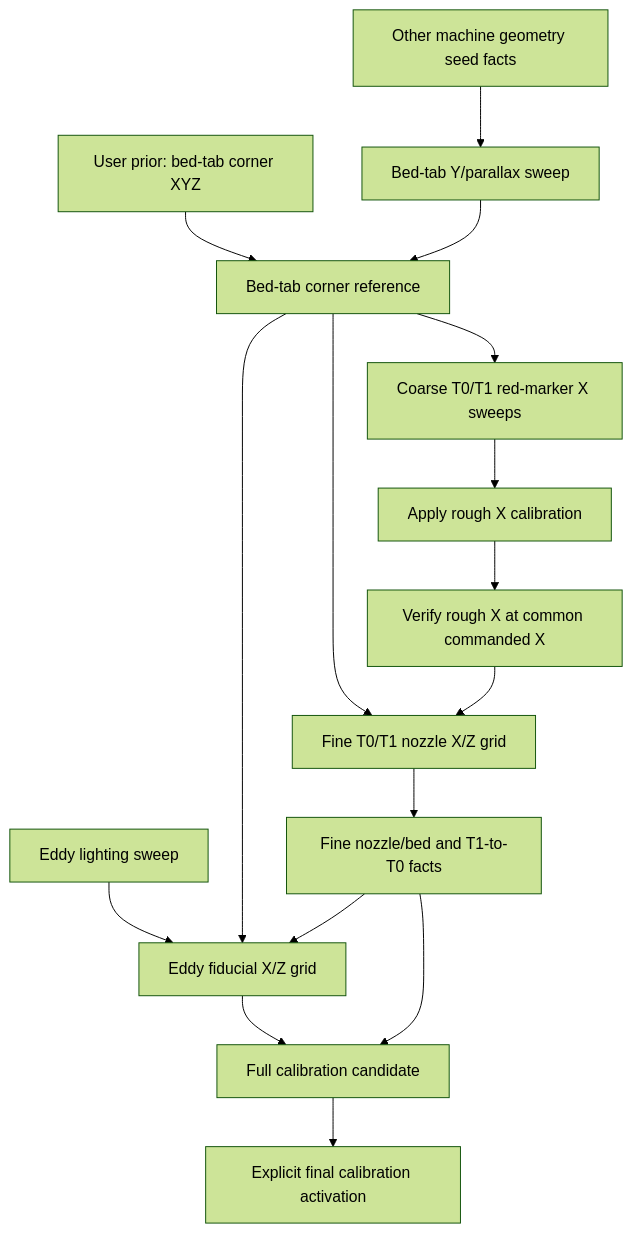
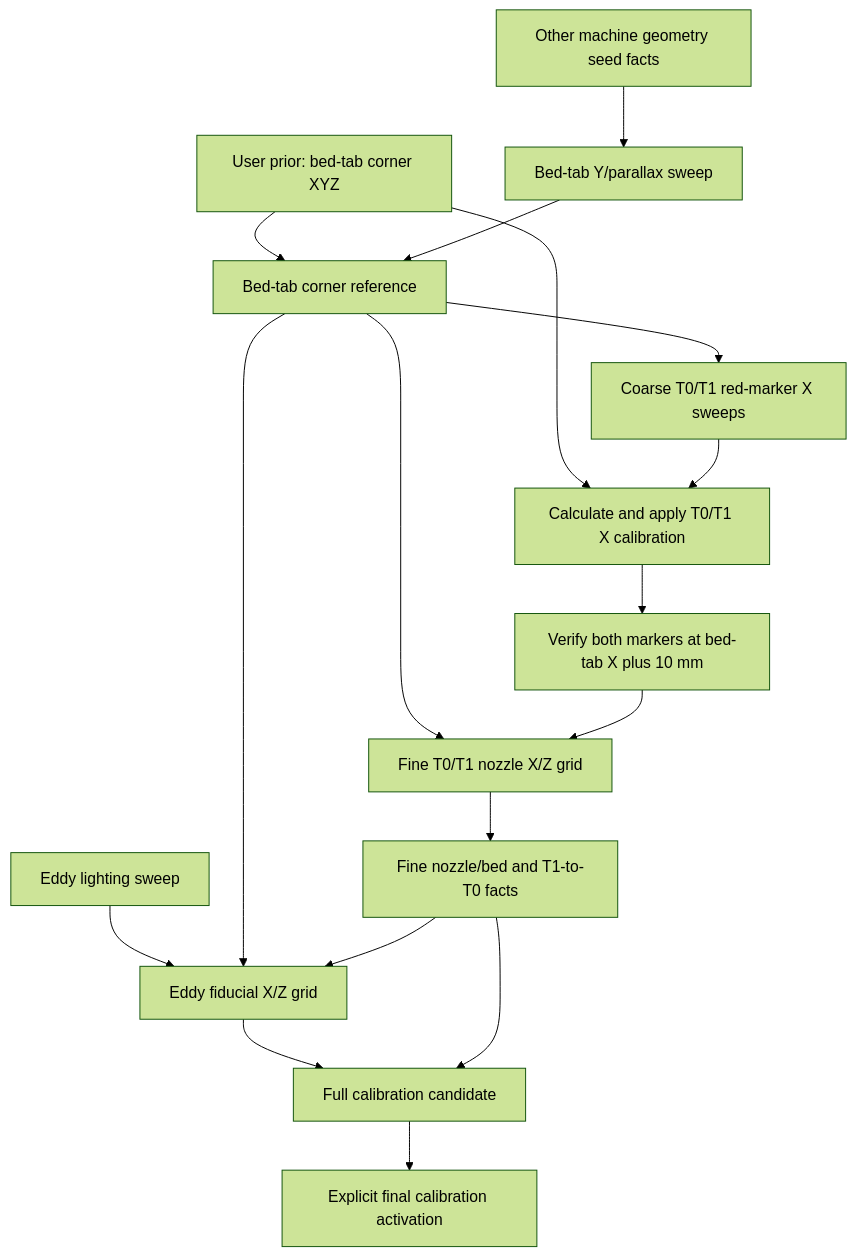
The diagram in VISION_CALIBRATION_GRAPH_CONCEPT.md (m-emm/mege-ender-3v3ke-idex), drawn with Mermaid (forest theme) before and after one commit. The commit also changed other lines of this file and 17 other files, not shown here.

Commit message:
Add graph-driven rough X vision calibration

````diff
--- a/VISION_CALIBRATION_GRAPH_CONCEPT.md
+++ b/VISION_CALIBRATION_GRAPH_CONCEPT.md
@@ -108,19 +108,20 @@
 ```mermaid
 flowchart TD
     P[User prior: bed-tab corner XYZ] --> C[Bed-tab corner reference]
     G[Other machine geometry seed facts] --> Y[Bed-tab Y/parallax sweep]
     Y --> C[Bed-tab corner reference]
     C --> R[Coarse T0/T1 red-marker X sweeps]
-    R --> AX[Apply rough X calibration]
-    AX --> VX[Verify rough X at common commanded X]
+    P --> AX[Calculate and apply T0/T1 X calibration]
+    R --> AX
+    AX --> VX[Verify both markers at bed-tab X plus 10 mm]
     C --> F[Fine T0/T1 nozzle X/Z grid]
     VX --> F
     F --> N[Fine nozzle/bed and T1-to-T0 facts]
 
     L[Eddy lighting sweep] --> E[Eddy fiducial X/Z grid]
     C --> E
     N --> E
     E --> D[Full calibration candidate]
     N --> D
     D --> A[Explicit final calibration activation]
 ```
````
